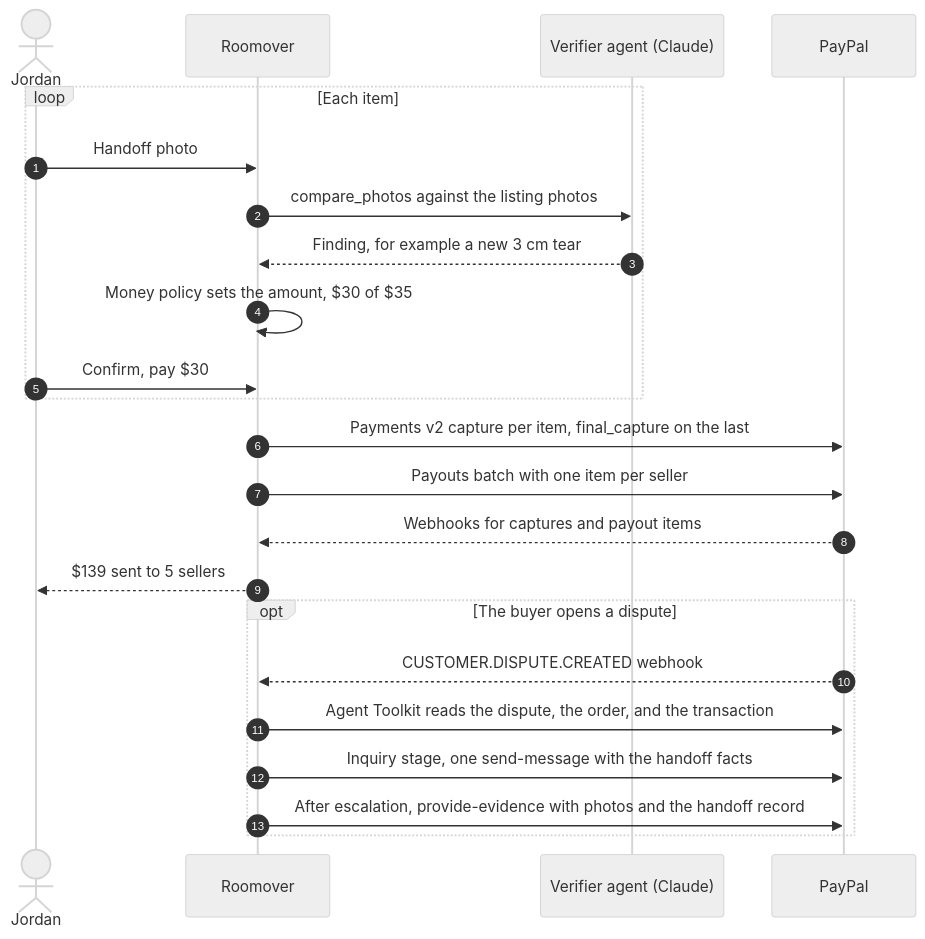
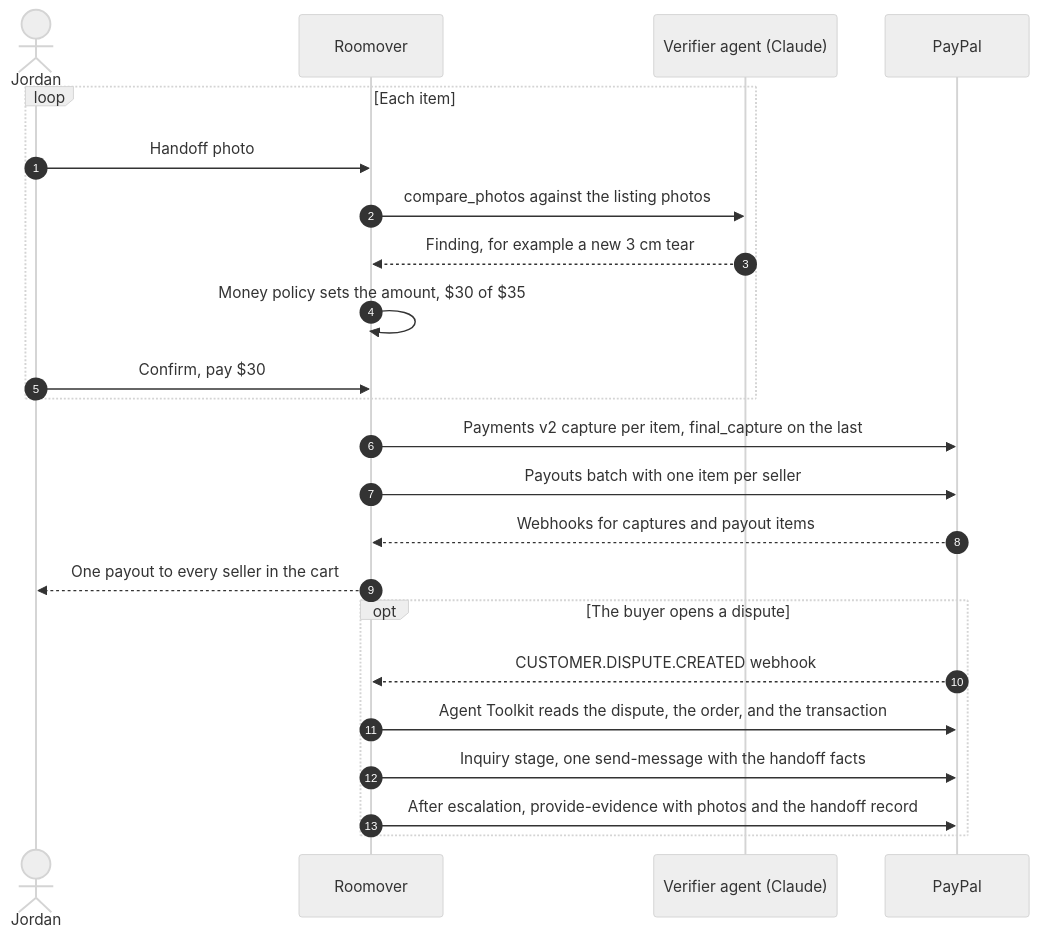
One commit to starJin2003/roomover changed the fourth of 6 diagrams in README.md. Above: the diagram before and after it, drawn with Mermaid (neutral theme). The commit also changed other lines of this file and 62 other files, not shown here.

````diff
--- a/README.md
+++ b/README.md
@@ -109,25 +120,25 @@
 ```mermaid
 sequenceDiagram
     autonumber
     actor J as Jordan
     participant R as Roomover
     participant V as Verifier agent (Claude)
     participant P as PayPal
     loop Each item
         J->>R: Handoff photo
         R->>V: compare_photos against the listing photos
         V-->>R: Finding, for example a new 3 cm tear
         R->>R: Money policy sets the amount, $30 of $35
         J->>R: Confirm, pay $30
     end
     R->>P: Payments v2 capture per item, final_capture on the last
     R->>P: Payouts batch with one item per seller
     P-->>R: Webhooks for captures and payout items
-    R-->>J: $139 sent to 5 sellers
+    R-->>J: One payout to every seller in the cart
     opt The buyer opens a dispute
         P-->>R: CUSTOMER.DISPUTE.CREATED webhook
         R->>P: Agent Toolkit reads the dispute, the order, and the transaction
         R->>P: Inquiry stage, one send-message with the handoff facts
         R->>P: After escalation, provide-evidence with photos and the handoff record
     end
 ```
````
